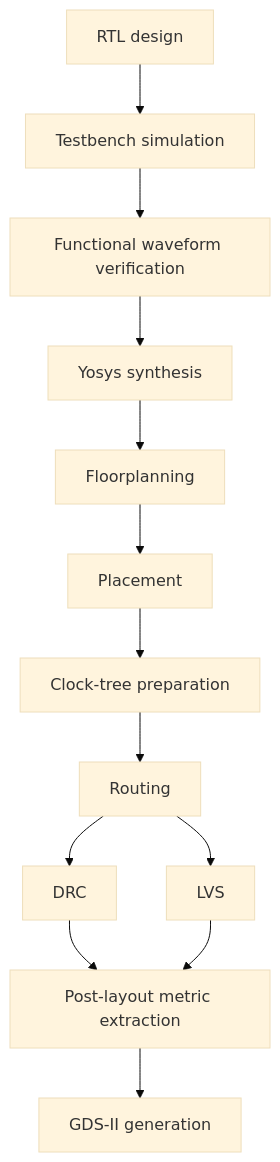
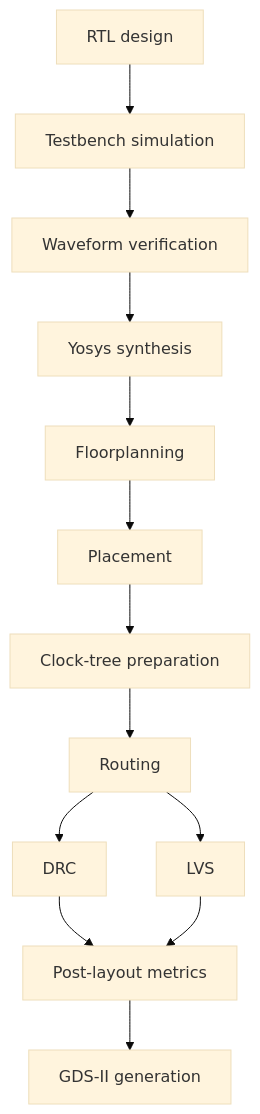
Before and after one commit to AshkaPathak/smart-football-event-detection-asic: the second of 2 diagrams in README.md, drawn with Mermaid (base theme). The commit also changed other lines of this file, not shown here.

````diff
--- a/README.md
+++ b/README.md
@@ -122,15 +97,15 @@
 ```mermaid
 flowchart TD
     A[RTL design] --> B[Testbench simulation]
-    B --> C[Functional waveform verification]
+    B --> C[Waveform verification]
     C --> D[Yosys synthesis]
     D --> E[Floorplanning]
     E --> F[Placement]
     F --> G[Clock-tree preparation]
     G --> H[Routing]
     H --> I[DRC]
     H --> J[LVS]
-    I --> K[Post-layout metric extraction]
+    I --> K[Post-layout metrics]
     J --> K
     K --> L[GDS-II generation]
 ```
````
